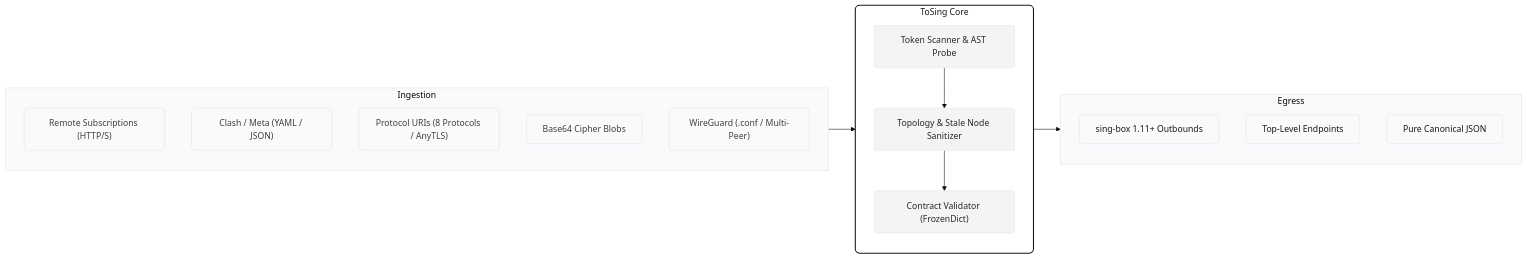
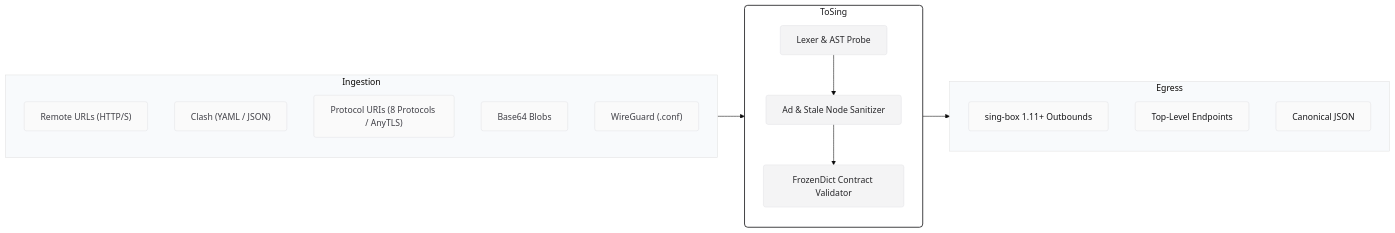
Before and after one commit to zennnnnnn11/ToSing: the second of 2 diagrams in README.md, drawn with Mermaid. The commit also changed other lines of this file, not shown here.

````diff
--- a/README.md
+++ b/README.md
@@ -105,40 +104,40 @@
 ```mermaid
 %%{init: {'theme': 'base', 'themeVariables': { 'primaryColor': '#FFFFFF', 'edgeLabelBackground':'#FFFFFF', 'tertiaryColor': '#F8FAFC'}}}%%
 flowchart LR
-    classDef input fill:#FAFAFA,stroke:#E4E4E7,stroke-width:1px,color:#3F3F46,rx:6,ry:6
-    classDef core fill:#FFFFFF,stroke:#18181B,stroke-width:2px,color:#18181B,rx:8,ry:8
+    classDef input fill:#FAFAFA,stroke:#E4E4E7,stroke-width:1px,color:#3F3F46,rx:4,ry:4
+    classDef core fill:#FFFFFF,stroke:#18181B,stroke-width:1.5px,color:#18181B,rx:6,ry:6
     classDef step fill:#F4F4F5,stroke:#E4E4E7,stroke-width:1px,color:#27272A,rx:4,ry:4
-    classDef output fill:#FAFAFA,stroke:#E4E4E7,stroke-width:1px,color:#18181B,rx:6,ry:6
+    classDef output fill:#FAFAFA,stroke:#E4E4E7,stroke-width:1px,color:#18181B,rx:4,ry:4
 
     subgraph Inputs [" Ingestion "]
         direction TB
-        I1["Remote Subscriptions (HTTP/S)"]
-        I2["Clash / Meta (YAML / JSON)"]
+        I1["Remote URLs (HTTP/S)"]
+        I2["Clash (YAML / JSON)"]
         I3["Protocol URIs (8 Protocols / AnyTLS)"]
-        I4["Base64 Cipher Blobs"]
-        I5["WireGuard (.conf / Multi-Peer)"]
+        I4["Base64 Blobs"]
+        I5["WireGuard (.conf)"]
     end
 
-    subgraph Engine [" ToSing Core "]
+    subgraph Engine [" ToSing "]
         direction TB
-        E1["Token Scanner & AST Probe"]
-        E2["Topology & Stale Node Sanitizer"]
-        E3["Contract Validator (FrozenDict)"]
+        E1["Lexer & AST Probe"]
+        E2["Ad & Stale Node Sanitizer"]
+        E3["FrozenDict Contract Validator"]
         E1 --> E2 --> E3
     end
 
     subgraph Outputs [" Egress "]
         direction TB
         O1["sing-box 1.11+ Outbounds"]
         O2["Top-Level Endpoints"]
-        O3["Pure Canonical JSON"]
+        O3["Canonical JSON"]
     end
 
     Inputs --> Engine
     Engine --> Outputs
 
     class I1,I2,I3,I4,I5 input
     class Engine core
     class E1,E2,E3 step
     class O1,O2,O3 output
 ```
````
